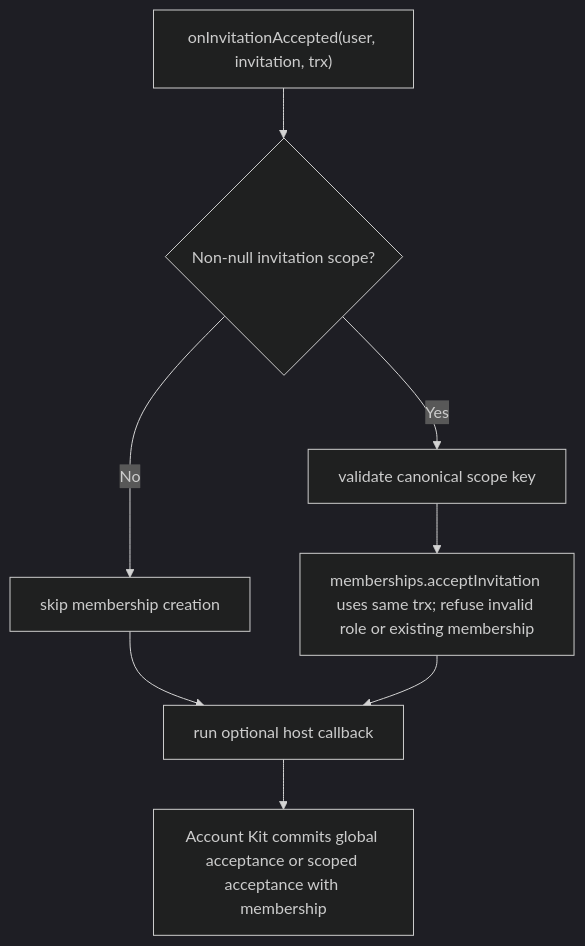
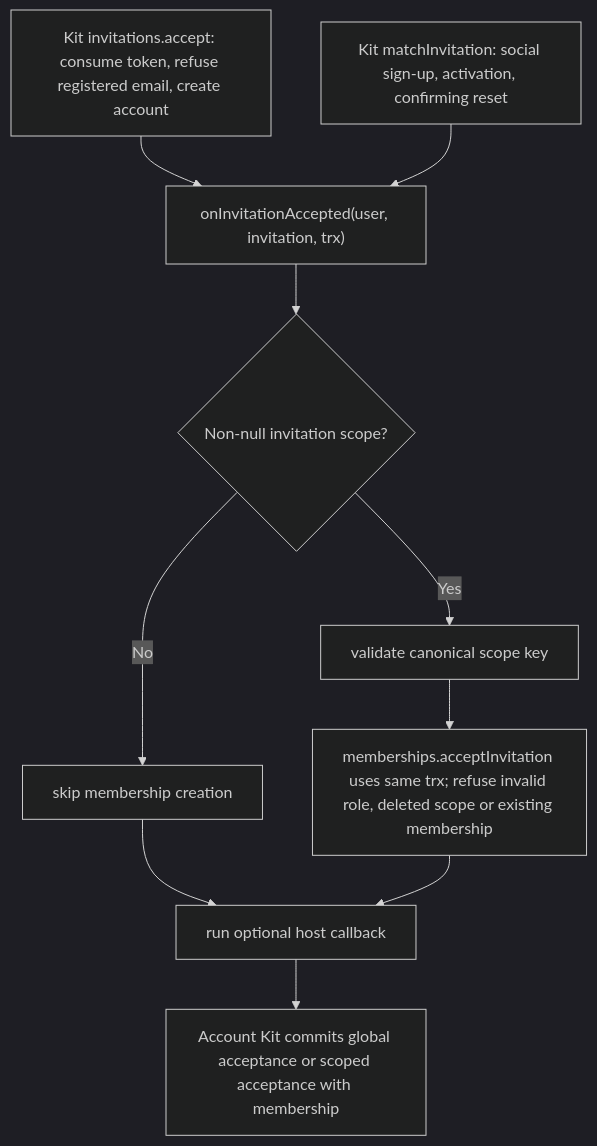
The second of 2 diagrams in user-stories/US-ACCESS-10-accept-invitation.md (Kevinjohn/oss-adonisjs-access-control), drawn with Mermaid (dark theme) before and after one commit. The commit also changed other lines of this file and 19 other files, not shown here.

````diff
--- a/user-stories/US-ACCESS-10-accept-invitation.md
+++ b/user-stories/US-ACCESS-10-accept-invitation.md
@@ -39,10 +42,12 @@
 ```mermaid
 flowchart TD
+    K1["Kit invitations.accept: consume token, refuse registered email, create account"] --> A
+    K2["Kit matchInvitation: social sign-up, activation, confirming reset"] --> A
     A["onInvitationAccepted(user, invitation, trx)"] --> B{"Non-null invitation scope?"}
     B -->|No| C["skip membership creation"]
     C --> F
     B -->|Yes| D["validate canonical scope key"]
-    D --> E["memberships.acceptInvitation uses same trx; refuse invalid role or existing membership"]
+    D --> E["memberships.acceptInvitation uses same trx; refuse invalid role, deleted scope or existing membership"]
     E --> F["run optional host callback"]
     F --> G["Account Kit commits global acceptance or scoped acceptance with membership"]
 ```
````
